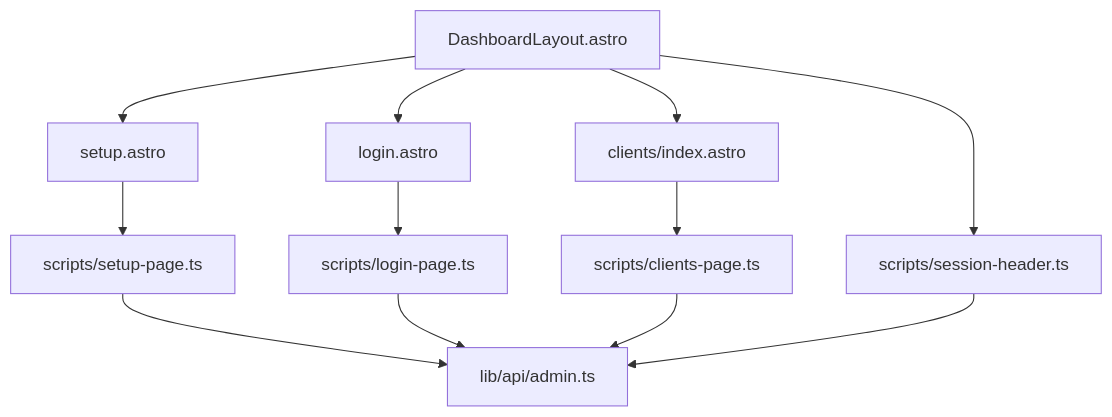
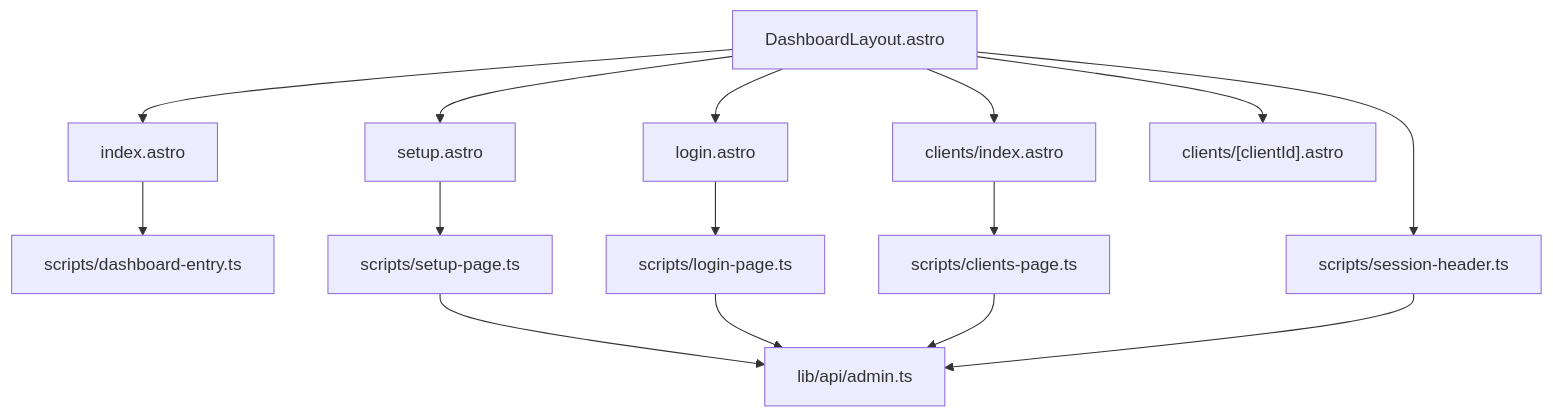
One commit to hiimtrung/minder changed the seventh of 7 diagrams in docs/system-design.md. Above: the diagram before and after it, drawn with Mermaid. The commit also changed other lines of this file and 42 other files, not shown here.

First line of the commit message:
feat: add Client Console Shell component and dashboard entry script

````diff
--- a/docs/system-design.md
+++ b/docs/system-design.md
@@ -219,16 +225,19 @@
 ```mermaid
 flowchart TB
     Layout["DashboardLayout.astro"] --> Setup["setup.astro"]
     Layout --> Login["login.astro"]
+    Layout --> Entry["index.astro"]
     Layout --> Clients["clients/index.astro"]
+    Layout --> ClientDetail["clients/[clientId].astro"]
 
+    Entry --> EntryScript["scripts/dashboard-entry.ts"]
     Setup --> SetupScript["scripts/setup-page.ts"]
     Login --> LoginScript["scripts/login-page.ts"]
     Clients --> ClientsScript["scripts/clients-page.ts"]
     Layout --> SessionScript["scripts/session-header.ts"]
 
     SetupScript --> AdminApi["lib/api/admin.ts"]
     LoginScript --> AdminApi
     ClientsScript --> AdminApi
     SessionScript --> AdminApi
 ```
````
